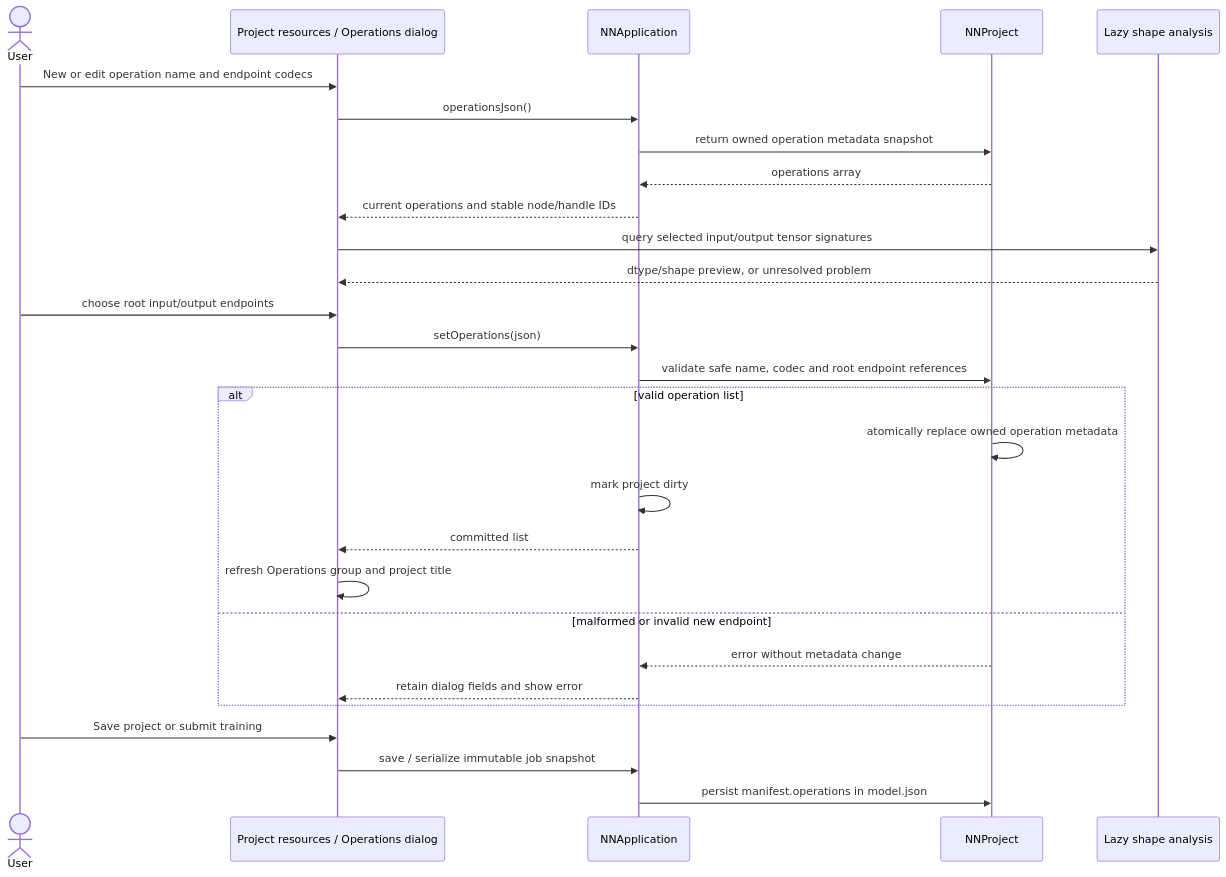
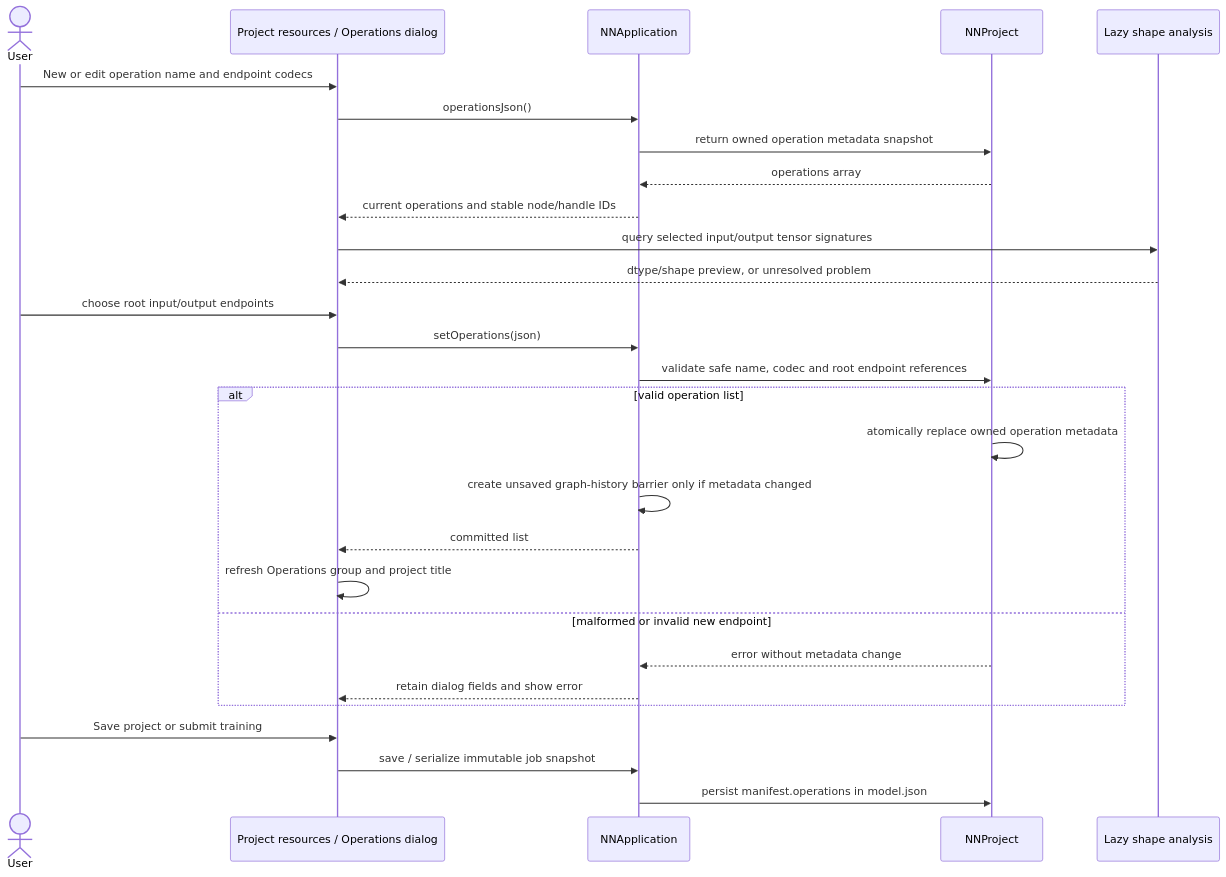
The seventh of 7 diagrams in docs/knowledge/uml/sequences/project-editor.md (LucaSforza/nnmodelling-ui), drawn with Mermaid before and after one commit. The commit also changed other lines of this file and 13 other files, not shown here.

````diff
--- a/docs/knowledge/uml/sequences/project-editor.md
+++ b/docs/knowledge/uml/sequences/project-editor.md
@@ -228,30 +228,30 @@
 ```mermaid
   sequenceDiagram
     actor User
     participant Qt as Project resources / Operations dialog
     participant App as NNApplication
     participant Project as NNProject
     participant Analysis as Lazy shape analysis
     User->>Qt: New or edit operation name and endpoint codecs
     Qt->>App: operationsJson()
     App->>Project: return owned operation metadata snapshot
     Project-->>App: operations array
     App-->>Qt: current operations and stable node/handle IDs
     Qt->>Analysis: query selected input/output tensor signatures
     Analysis-->>Qt: dtype/shape preview, or unresolved problem
     User->>Qt: choose root input/output endpoints
     Qt->>App: setOperations(json)
     App->>Project: validate safe name, codec and root endpoint references
     alt valid operation list
       Project->>Project: atomically replace owned operation metadata
-      App->>App: mark project dirty
+      App->>App: create unsaved graph-history barrier only if metadata changed
       App-->>Qt: committed list
       Qt->>Qt: refresh Operations group and project title
     else malformed or invalid new endpoint
       Project-->>App: error without metadata change
       App-->>Qt: retain dialog fields and show error
     end
     User->>Qt: Save project or submit training
     Qt->>App: save / serialize immutable job snapshot
     App->>Project: persist manifest.operations in model.json
 ```
````
